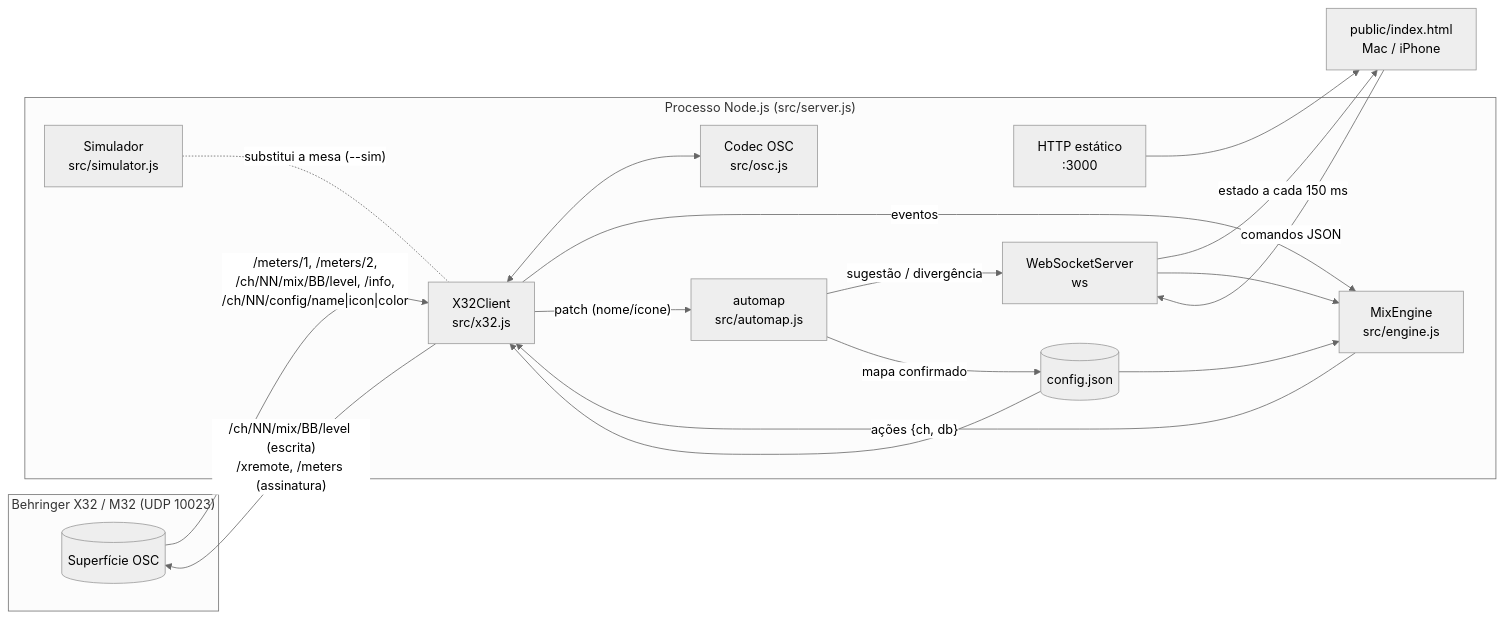
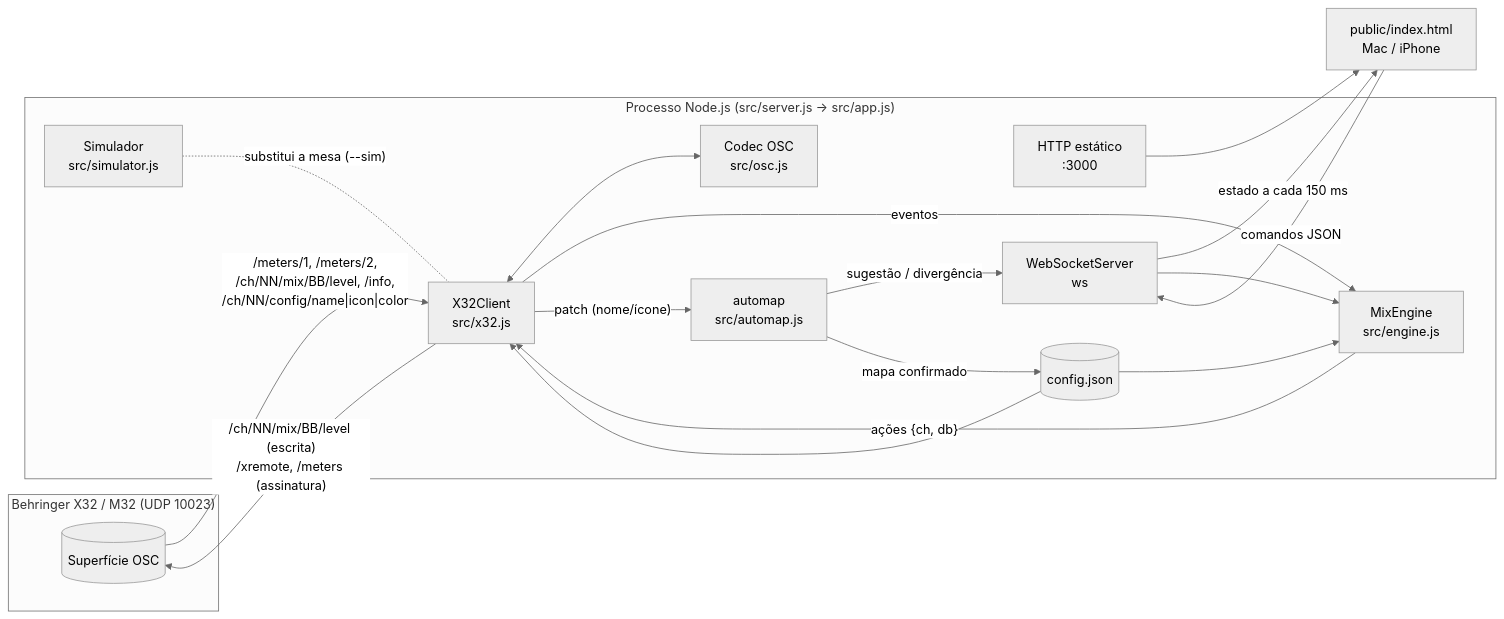
The first of 6 diagrams in docs/ARQUITETURA.md (gutoglup/mixTree), drawn with Mermaid (neutral theme) before and after one commit. The commit also changed other lines of this file and 16 other files, not shown here.

````diff
--- a/docs/ARQUITETURA.md
+++ b/docs/ARQUITETURA.md
@@ -7,35 +7,35 @@
 ```mermaid
 flowchart LR
   subgraph Mesa["Behringer X32 / M32 (UDP 10023)"]
     OSC[(Superfície OSC)]
   end
 
-  subgraph Node["Processo Node.js (src/server.js)"]
+  subgraph Node["Processo Node.js (src/server.js → src/app.js)"]
     X32[X32Client<br/>src/x32.js]
     CODEC[Codec OSC<br/>src/osc.js]
     ENG[MixEngine<br/>src/engine.js]
     MAP[automap<br/>src/automap.js]
     HTTP[HTTP estático<br/>:3000]
     WS[WebSocketServer<br/>ws]
     SIM[Simulador<br/>src/simulator.js]
     CFG[(config.json)]
   end
 
   UI[public/index.html<br/>Mac / iPhone]
 
   OSC -- "/meters/1, /meters/2,<br/>/ch/NN/mix/BB/level, /info,<br/>/ch/NN/config/name|icon|color" --> X32
   X32 -- "/ch/NN/mix/BB/level (escrita)<br/>/xremote, /meters (assinatura)" --> OSC
   X32 <--> CODEC
   X32 -- eventos --> ENG
   ENG -- ações {ch, db} --> X32
   SIM -. "substitui a mesa (--sim)" .- X32
   CFG --> ENG
   X32 -- "patch (nome/ícone)" --> MAP
   MAP -- "sugestão / divergência" --> WS
   MAP -- "mapa confirmado" --> CFG
   CFG --> X32
   HTTP --> UI
   WS -- "estado a cada 150 ms" --> UI
   UI -- "comandos JSON" --> WS
   WS --> ENG
 ```
````
